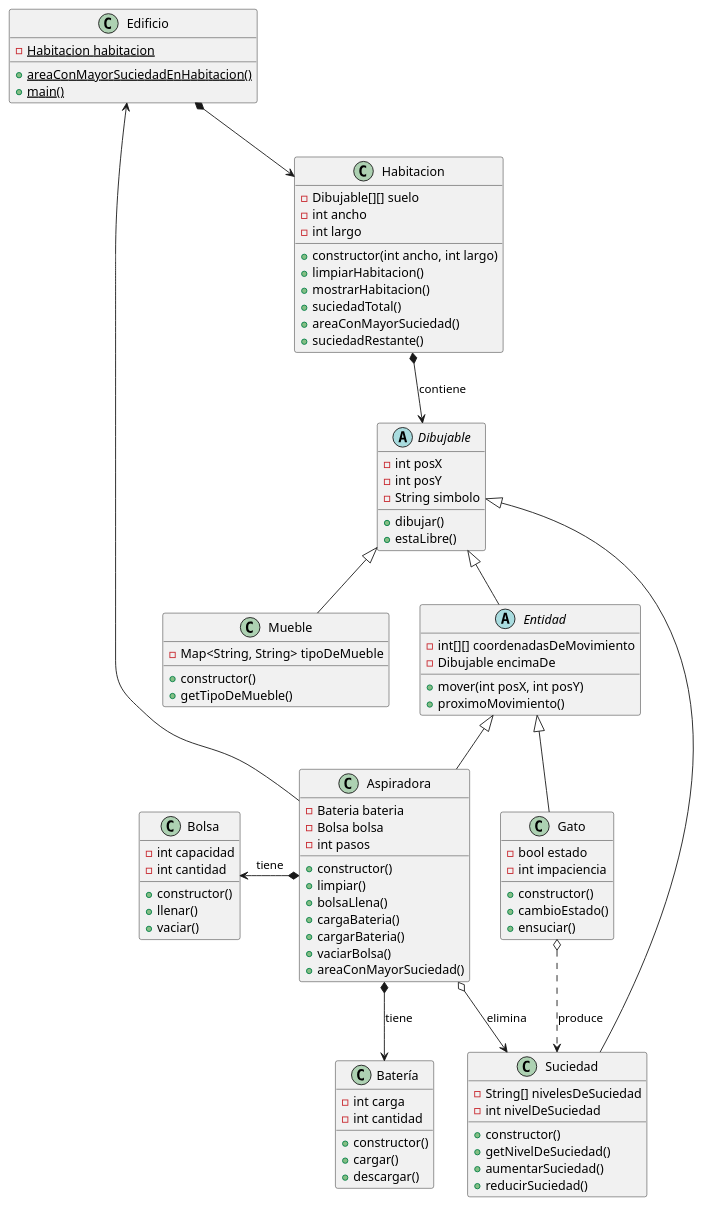
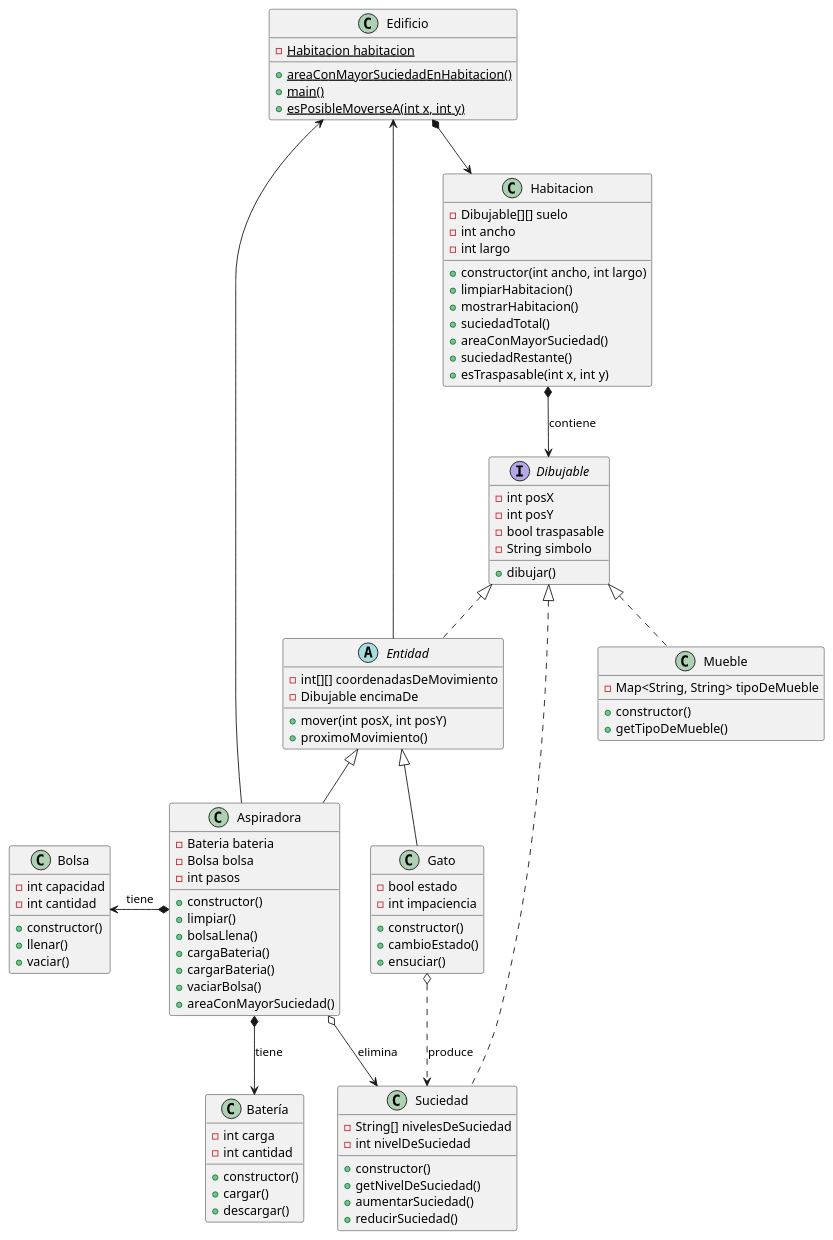
Before and after one commit to mmasias/idsw2: the diagram in docs/diagramaDeClases.plantuml, drawn with PlantUML.

Commit message:
Cambios reunion Abril 5

```diff
--- a/docs/diagramaDeClases.plantuml
+++ b/docs/diagramaDeClases.plantuml
@@ -1,99 +1,103 @@
 @startuml
 scale 1
 class Edificio
 {
     - {static} Habitacion habitacion
     + {static} areaConMayorSuciedadEnHabitacion()
     + {static} main()
+    + {static} esPosibleMoverseA(int x, int y)
 }
 class Habitacion
 {
     - Dibujable[][] suelo
     - int ancho
     - int largo
     + constructor(int ancho, int largo)
     + limpiarHabitacion()
     + mostrarHabitacion()
     + suciedadTotal()
     + areaConMayorSuciedad()
     + suciedadRestante()
+    + esTraspasable(int x, int y)
 }
 
-abstract class Dibujable{
+interface Dibujable{
     - int posX
     - int posY
+    - bool traspasable
     - String simbolo
     + dibujar()
-    + estaLibre()
+    
 }
 
-abstract class Entidad extends Dibujable {
+abstract class Entidad implements Dibujable {
     - int[][] coordenadasDeMovimiento
     - Dibujable encimaDe
     + mover(int posX, int posY)
     + proximoMovimiento()
 }
 class Aspiradora extends Entidad{
     - Bateria bateria
     - Bolsa bolsa
     - int pasos
     + constructor()
     + limpiar()
     + bolsaLlena()
     + cargaBateria()
     + cargarBateria()
     + vaciarBolsa()
     + areaConMayorSuciedad()
 }
 
 class Gato extends Entidad{
     - bool estado
     - int impaciencia
     + constructor()
     + cambioEstado()
     + ensuciar()
 }
-class Mueble extends Dibujable{
+class Mueble implements Dibujable{
     - Map<String, String> tipoDeMueble
     + constructor()
     + getTipoDeMueble()
 }
 
-class Suciedad extends Dibujable{
+class Suciedad implements Dibujable{
     - String[] nivelesDeSuciedad
     - int nivelDeSuciedad
     + constructor()
     + getNivelDeSuciedad()
     + aumentarSuciedad()
     + reducirSuciedad()
 }
 
 class Batería{
     - int carga
     - int cantidad
     + constructor()
     + cargar()
     + descargar()
 }
 
 class Bolsa{
     - int capacidad
     - int cantidad
     + constructor()
     + llenar()
     + vaciar()
 }
 
 
 Edificio *--> Habitacion
 
 Habitacion *--> Dibujable : contiene
 
 Aspiradora o--> Suciedad : elimina
 Aspiradora *-l-> Bolsa : tiene
 Aspiradora *-d-> Batería : tiene
 Aspiradora -u-> Edificio
+Entidad -u-> Edificio
 
 Gato o..> Suciedad : produce
 
 @enduml
```
